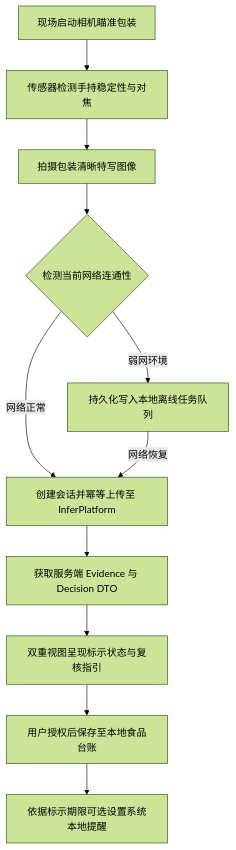
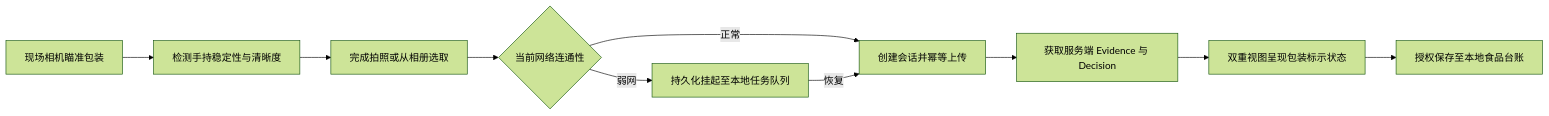
The diagram in README.md (QingMouFoodDate/MobileClient), drawn with Mermaid (forest theme) before and after one commit. The commit also changed other lines of this file, not shown here.

````diff
--- a/README.md
+++ b/README.md
@@ -38,13 +50,12 @@
 ```mermaid
-flowchart TD
-    A["现场启动相机瞄准包装"] --> B["传感器检测手持稳定性与对焦"]
-    B --> C["拍摄包装清晰特写图像"]
-    C --> D{"检测当前网络连通性"}
-    D -->|网络正常| E["创建会话并幂等上传至 InferPlatform"]
-    D -->|弱网环境| F["持久化写入本地离线任务队列"]
-    F -->|网络恢复| E
-    E --> G["获取服务端 Evidence 与 Decision DTO"]
-    G --> H["双重视图呈现标示状态与复核指引"]
-    H --> I["用户授权后保存至本地食品台账"]
-    I --> J["依据标示期限可选设置系统本地提醒"]
+flowchart LR
+    A["现场相机瞄准包装"] --> B["检测手持稳定性与清晰度"]
+    B --> C["完成拍照或从相册选取"]
+    C --> D{"当前网络连通性"}
+    D -->|正常| E["创建会话并幂等上传"]
+    D -->|弱网| F["持久化挂起至本地任务队列"]
+    F -->|恢复| E
+    E --> G["获取服务端 Evidence 与 Decision"]
+    G --> H["双重视图呈现包装标示状态"]
+    H --> I["授权保存至本地食品台账"]
 ```
````
